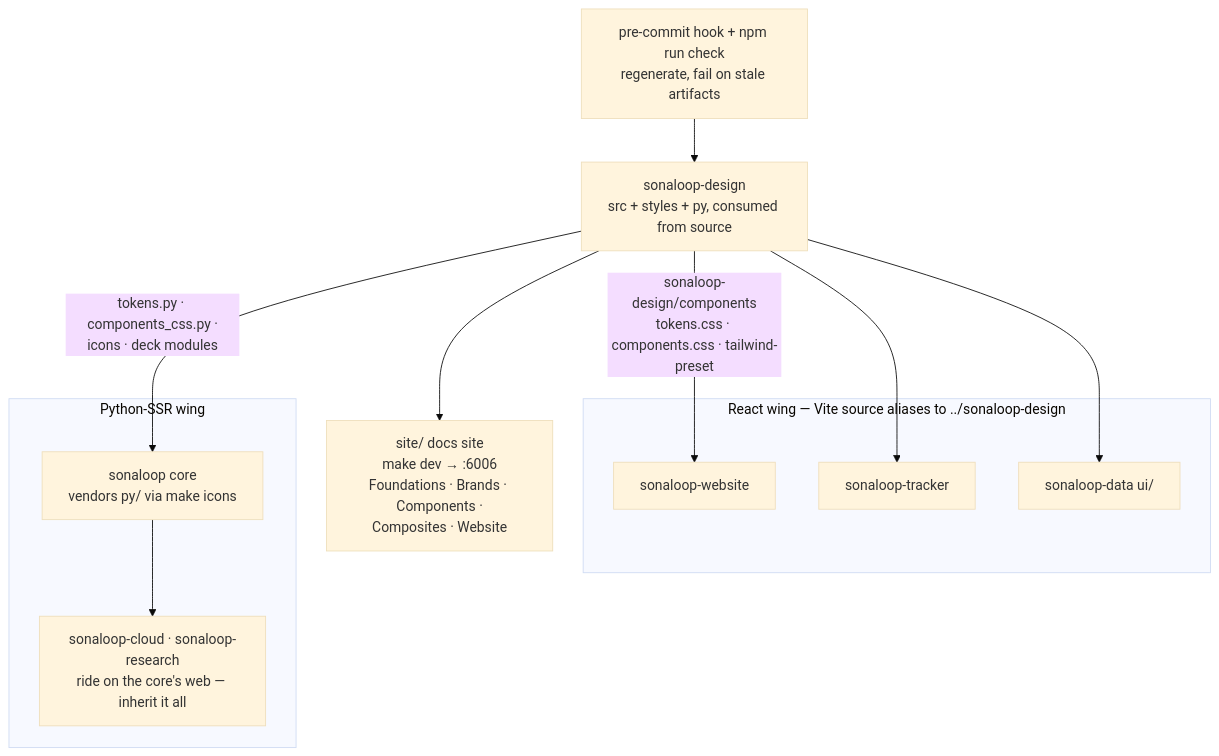
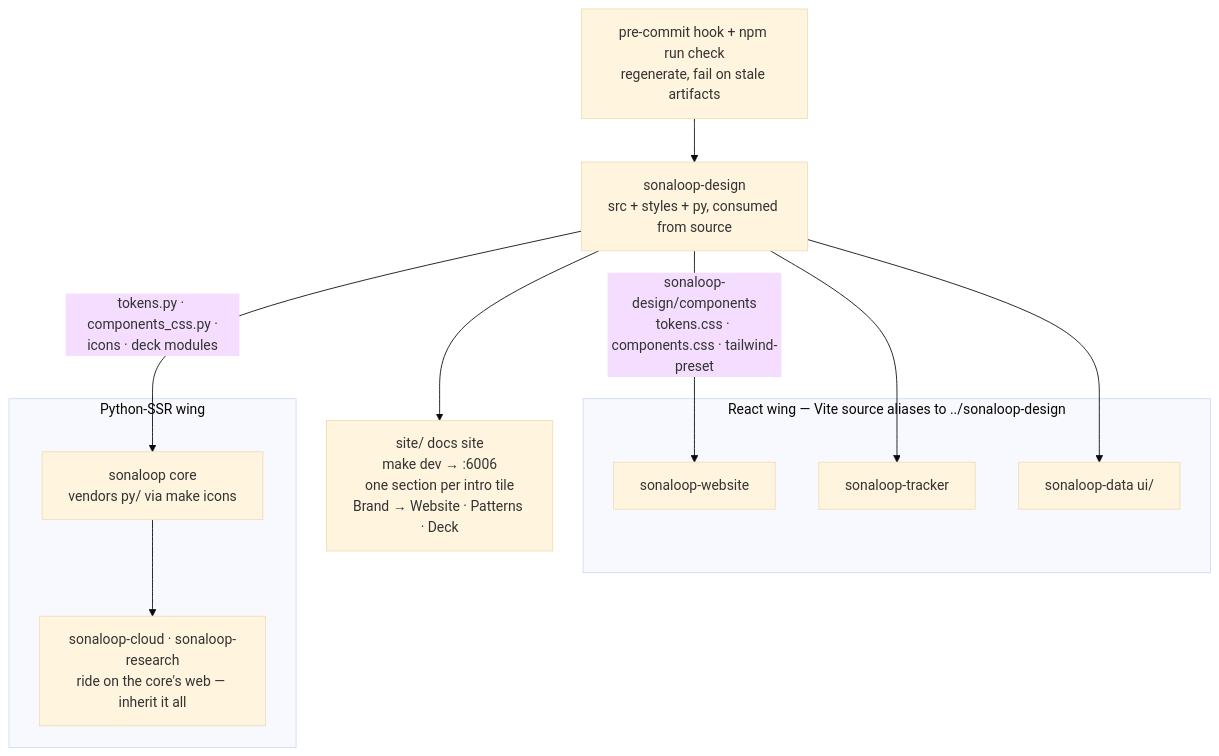
The third of 3 diagrams in ARCHITECTURE.md (jhoetter/sonaloop-design), drawn with Mermaid (base theme) before and after one commit. The commit also changed 4 other files, not shown here.

First line of the commit message:
Docs sitemap: one nav section per Introduction tile, in tile order

````diff
--- a/ARCHITECTURE.md
+++ b/ARCHITECTURE.md
@@ -105,26 +105,26 @@
 ```mermaid
 flowchart TD
     DS["sonaloop-design<br/>src + styles + py, consumed from source"]
 
     subgraph reactwing["React wing — Vite source aliases to ../sonaloop-design"]
         WEBSITE["sonaloop-website"]
         TRACKER["sonaloop-tracker"]
         DATAUI["sonaloop-data ui/"]
     end
 
     subgraph pywing["Python-SSR wing"]
         CORE["sonaloop core<br/>vendors py/ via make icons"]
         CLOUD["sonaloop-cloud · sonaloop-research<br/>ride on the core's web — inherit it all"]
     end
 
     GUARD["pre-commit hook + npm run check<br/>regenerate, fail on stale artifacts"]
-    DOCS["site/ docs site<br/>make dev → :6006<br/>Foundations · Brands · Components ·<br/>Composites · Website"]
+    DOCS["site/ docs site<br/>make dev → :6006<br/>one section per intro tile<br/>Brand → Website · Patterns · Deck"]
 
     DS -->|"sonaloop-design/components<br/>tokens.css · components.css · tailwind-preset"| WEBSITE
     DS --> TRACKER
     DS --> DATAUI
     DS -->|"tokens.py · components_css.py ·<br/>icons · deck modules"| CORE
     CORE --> CLOUD
     GUARD --> DS
     DS --> DOCS
 ```
````
